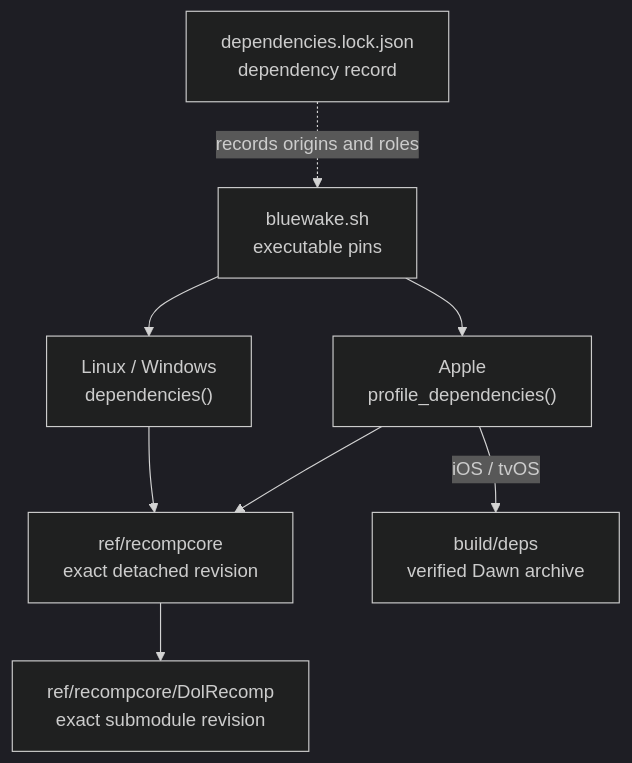
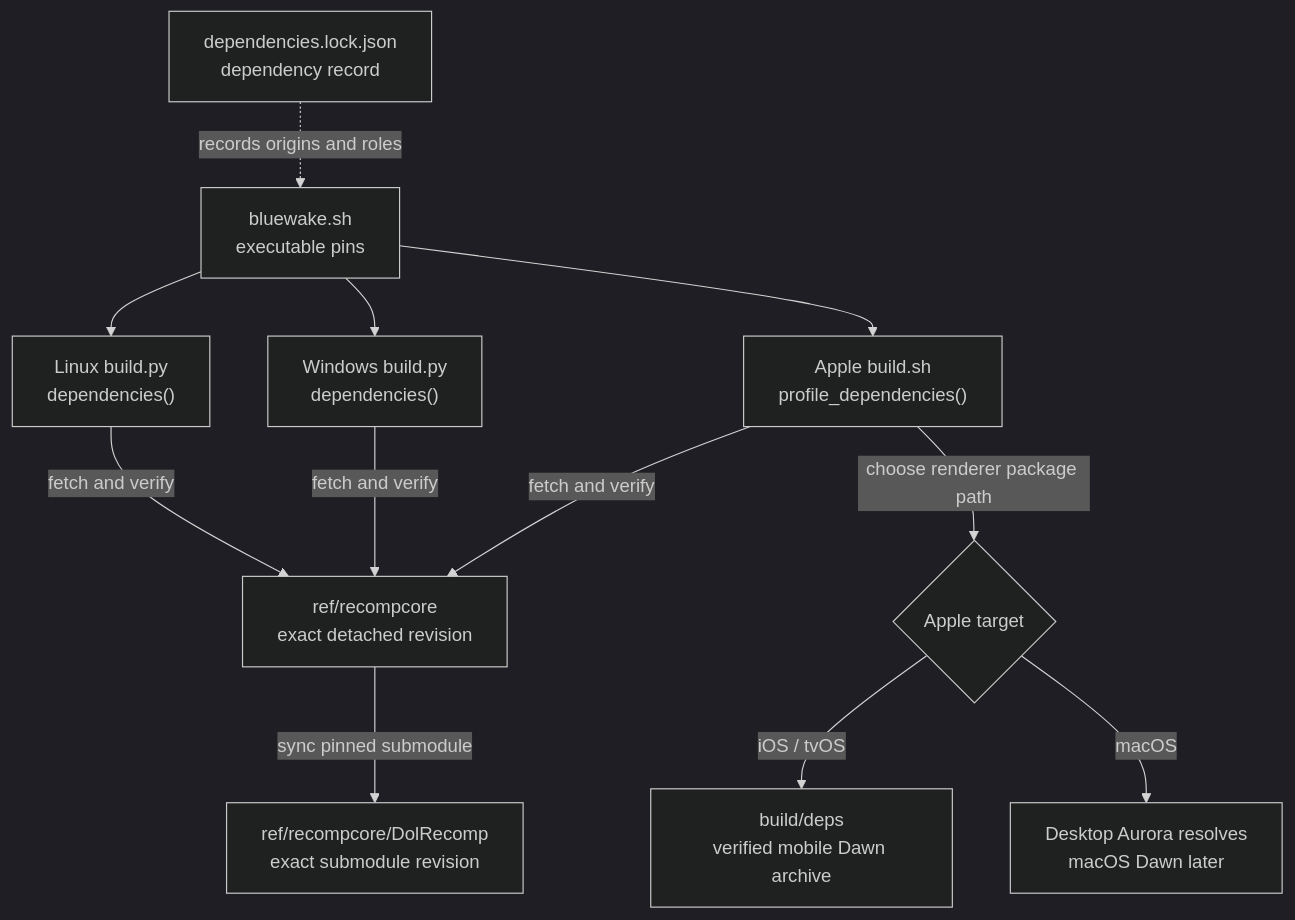
Before and after one commit to Aelbannan/boat_of_daphnes: the third of 3 diagrams in docs/architecture/Build.md, drawn with Mermaid (dark theme). The commit also changed other lines of this file, not shown here.

Commit message:
docs: clarify platform dependency fetch paths

````diff
--- a/docs/architecture/Build.md
+++ b/docs/architecture/Build.md
@@ -165,18 +165,25 @@
 ```mermaid
 flowchart TD
     Profile["bluewake.sh<br/>executable pins"]
     Lock["dependencies.lock.json<br/>dependency record"]
-    Desktop["Linux / Windows<br/>dependencies()"]
-    Apple["Apple<br/>profile_dependencies()"]
+    Linux["Linux build.py<br/>dependencies()"]
+    Windows["Windows build.py<br/>dependencies()"]
+    Apple["Apple build.sh<br/>profile_dependencies()"]
+    AppleTarget{"Apple target"}
     RecompCore["ref/recompcore<br/>exact detached revision"]
     DolRecomp["ref/recompcore/DolRecomp<br/>exact submodule revision"]
-    Dawn["build/deps<br/>verified Dawn archive"]
+    Dawn["build/deps<br/>verified mobile Dawn archive"]
+    MacDawn["Desktop Aurora resolves<br/>macOS Dawn later"]
 
-    Profile --> Desktop
+    Profile --> Linux
+    Profile --> Windows
     Profile --> Apple
-    Desktop --> RecompCore
-    Apple --> RecompCore
-    RecompCore --> DolRecomp
-    Apple -->|iOS / tvOS| Dawn
+    Linux -->|fetch and verify| RecompCore
+    Windows -->|fetch and verify| RecompCore
+    Apple -->|fetch and verify| RecompCore
+    RecompCore -->|sync pinned submodule| DolRecomp
+    Apple -->|choose renderer package path| AppleTarget
+    AppleTarget -->|iOS / tvOS| Dawn
+    AppleTarget -->|macOS| MacDawn
     Lock -. "records origins and roles" .-> Profile
 ```
````
